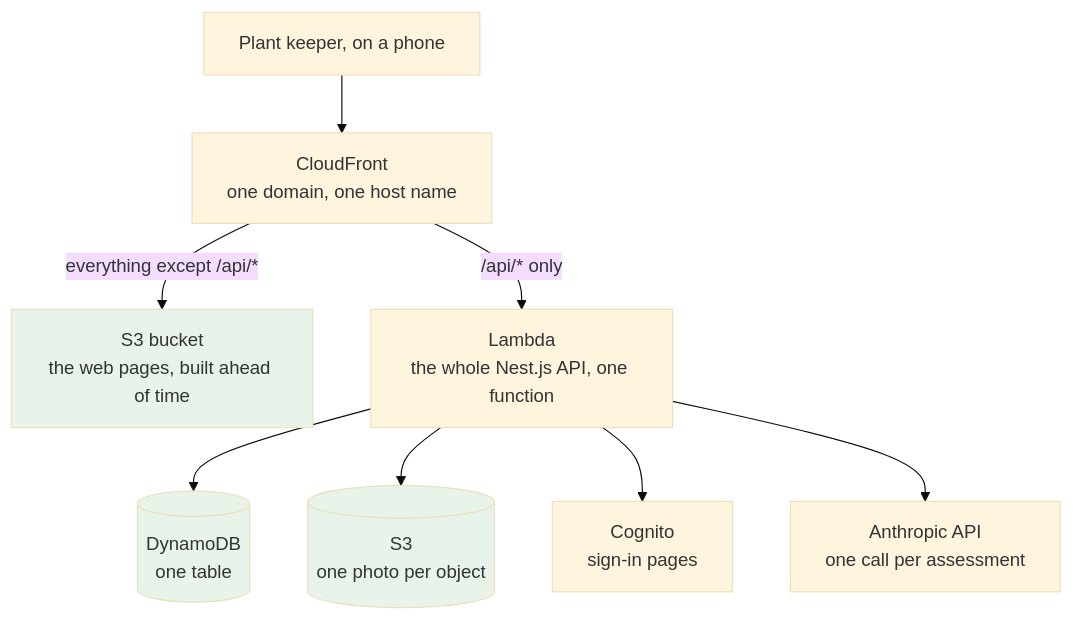
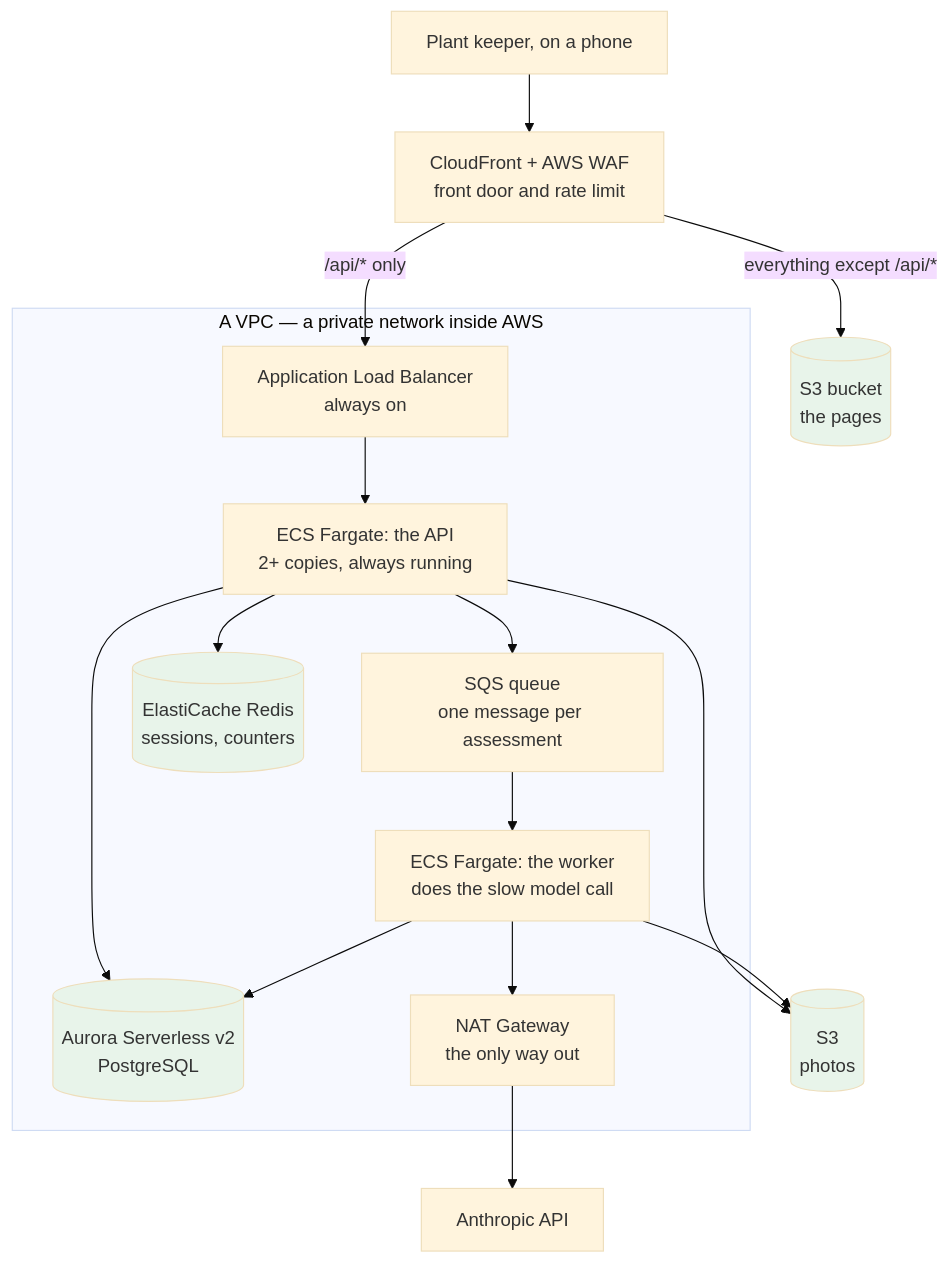
Before and after one commit to poszetkristof/zamphora: the sixth of 12 diagrams in docs/learn/aws-and-the-pipeline.md, drawn with Mermaid (base theme). The commit also changed other lines of this file and 58 other files, not shown here.

First line of the commit message:
docs: sync all docs, architectural change in infra, 900-security, learning materials (#9)

````diff
--- a/docs/learn/aws-and-the-pipeline.md
+++ b/docs/learn/aws-and-the-pipeline.md
@@ -51,14 +663,26 @@
 ```mermaid
 flowchart TD
-    U["Plant keeper, on a phone"] --> CF["CloudFront<br/>one domain, one host name"]
-    CF -->|"everything except /api/*"| WEB["S3 bucket<br/>the web pages, built ahead of time"]
-    CF -->|"/api/* only"| API["Lambda<br/>the whole Nest.js API, one function"]
-    API --> DDB[("DynamoDB<br/>one table")]
-    API --> PHOTO[("S3<br/>one photo per object")]
-    API --> COG["Cognito<br/>sign-in pages"]
-    API --> ANT["Anthropic API<br/>one call per assessment"]
+    U["Plant keeper, on a phone"] --> CF["CloudFront + AWS WAF<br/>front door and rate limit"]
 
+    CF -->|"everything except /api/*"| WEB[("S3 bucket<br/>the pages")]
+    CF -->|"/api/* only"| ALB["Application Load Balancer<br/>always on"]
+
+    subgraph VPC ["A VPC — a private network inside AWS"]
+        ALB --> API["ECS Fargate: the API<br/>2+ copies, always running"]
+        API --> Q["SQS queue<br/>one message per assessment"]
+        Q --> W["ECS Fargate: the worker<br/>does the slow model call"]
+        API --> PG[("Aurora Serverless v2<br/>PostgreSQL")]
+        W --> PG
+        API --> RD[("ElastiCache Redis<br/>sessions, counters")]
+        W --> NAT["NAT Gateway<br/>the only way out"]
+    end
+
+    API --> PH[("S3<br/>photos")]
+    W --> PH
+    NAT --> ANT["Anthropic API"]
+
+    style PG fill:#e8f4ea
+    style RD fill:#e8f4ea
+    style PH fill:#e8f4ea
     style WEB fill:#e8f4ea
-    style DDB fill:#e8f4ea
-    style PHOTO fill:#e8f4ea
 ```
````
